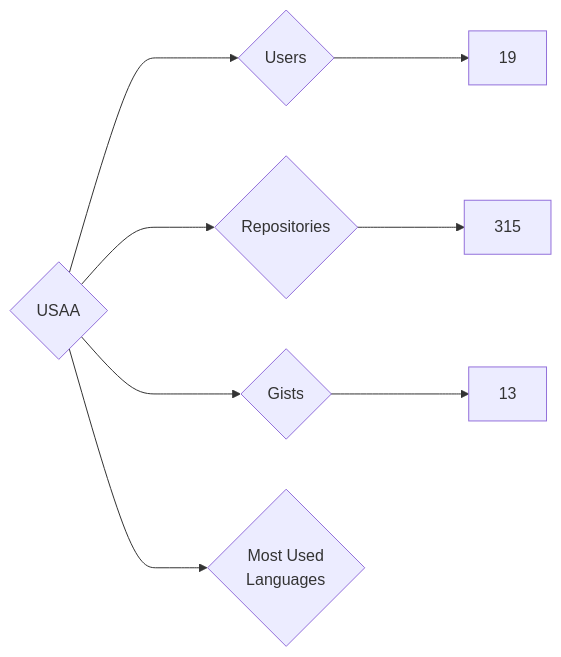
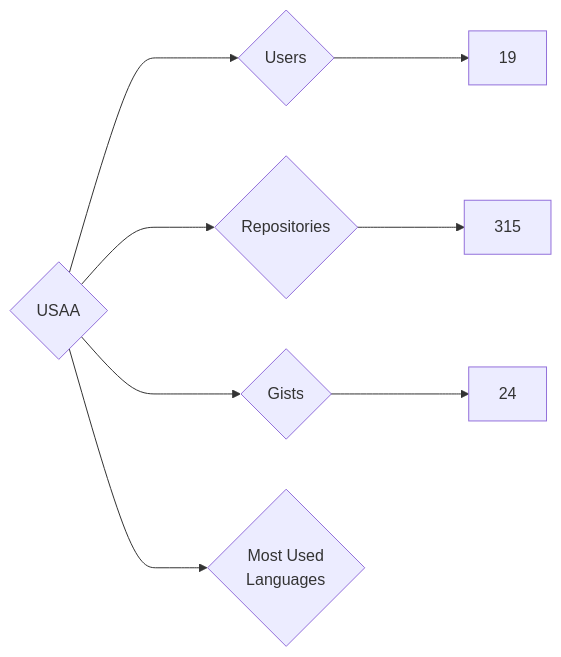
Before and after one commit to nenadzaric/insiders: the diagram in targets/USAA/README.md, drawn with Mermaid. The commit also changed 1342 other files, not shown here.

````diff
--- a/targets/USAA/README.md
+++ b/targets/USAA/README.md
@@ -3,8 +3,8 @@
 ```mermaid
 graph LR
 COMPANY_NAME{USAA}
 COMPANY_NAME ---> U{Users} ---> UN[19]
 COMPANY_NAME ---> R{Repositories} ---> RN[315]
-COMPANY_NAME ---> G{Gists} ---> GN[13]
+COMPANY_NAME ---> G{Gists} ---> GN[24]
 COMPANY_NAME ---> ML{Most Used<br>Languages}
 ```
````
